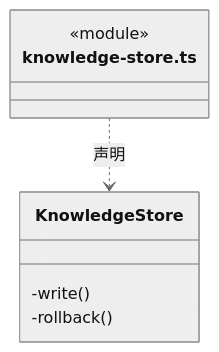
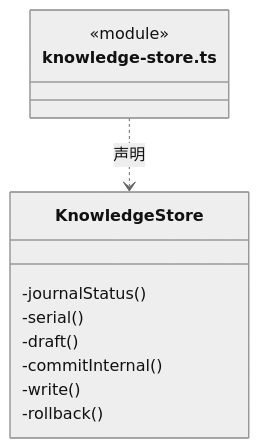
One commit to nan023062/cbim changed the fourth of 6 diagrams in src/backend/main/persistence/knowledge/ARCHITECTURE.md. Above: the diagram before and after it, drawn with Mermaid (neutral theme). The commit also changed other lines of this file and 50 other files, not shown here.

````diff
--- a/src/backend/main/persistence/knowledge/ARCHITECTURE.md
+++ b/src/backend/main/persistence/knowledge/ARCHITECTURE.md
@@ -100,11 +146,15 @@
 ```mermaid
 classDiagram
 class N_src_backend_main_persistence_knowledge_knowledge_store_ts["knowledge-store.ts"] {
   <<module>>
 }
 class N_src_backend_main_persistence_knowledge_knowledge_store_ts_KnowledgeStore["KnowledgeStore"] {
+  -journalStatus()
+  -serial()
+  -draft()
+  -commitInternal()
   -write()
   -rollback()
 }
 N_src_backend_main_persistence_knowledge_knowledge_store_ts ..> N_src_backend_main_persistence_knowledge_knowledge_store_ts_KnowledgeStore : 声明
 ```
````
